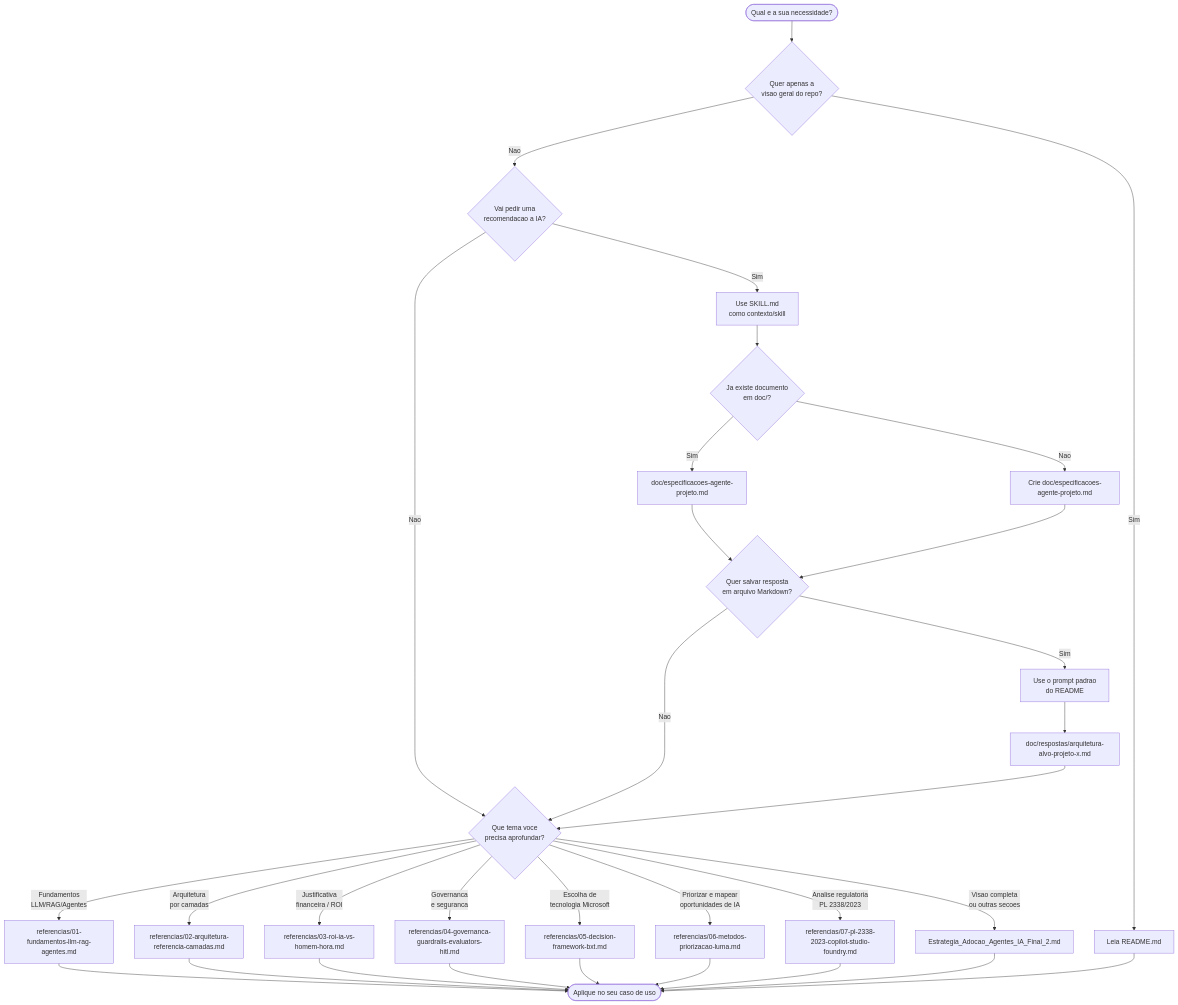
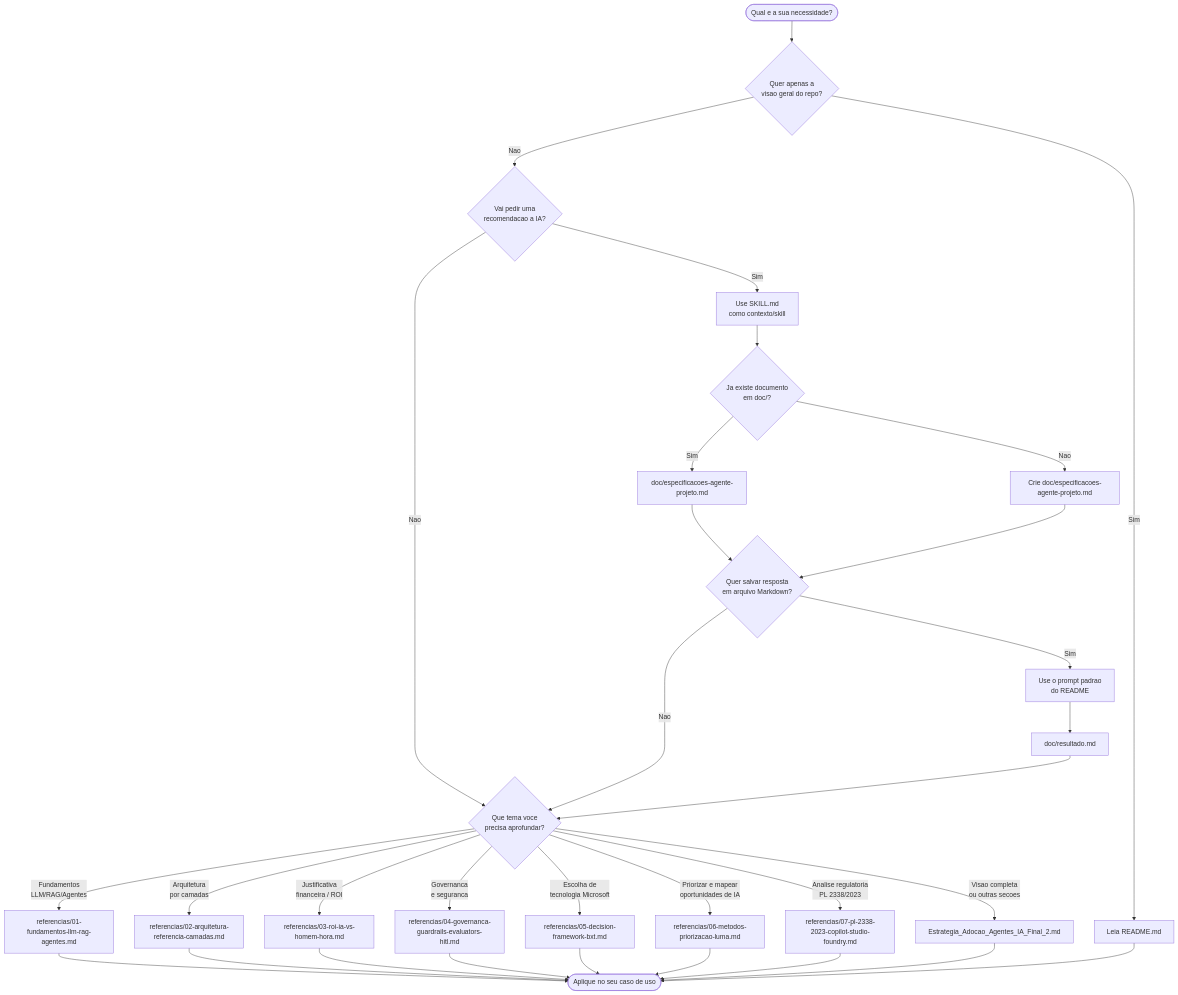
The second of 2 diagrams in README.md (fabioharams/hubsp-ai-skill), drawn with Mermaid before and after one commit. The commit also changed other lines of this file, not shown here.

Commit message:
ajustando inconsistencias de exemplos de prompt entre os arquivos

````diff
--- a/README.md
+++ b/README.md
@@ -78,38 +78,38 @@
 ```mermaid
 flowchart TD
     START([Qual e a sua necessidade?]) --> Q1{Quer apenas a<br/>visao geral do repo?}
     Q1 -- Sim --> README[Leia README.md]
     Q1 -- Nao --> Q2{Vai pedir uma<br/>recomendacao a IA?}
 
     Q2 -- Sim --> SKILL[Use SKILL.md<br/>como contexto/skill]
     Q2 -- Nao --> Q3{Que tema voce<br/>precisa aprofundar?}
 
    SKILL --> QDOC{Ja existe documento<br/>em doc/?}
    QDOC -- Sim --> DOC[doc/especificacoes-agente-projeto.md]
    QDOC -- Nao --> DOCNEW[Crie doc/especificacoes-agente-projeto.md]
    DOC --> QOUT{Quer salvar resposta<br/>em arquivo Markdown?}
    DOCNEW --> QOUT
    QOUT -- Sim --> PROMPT[Use o prompt padrao<br/>do README]
-   PROMPT --> OUTMD[doc/respostas/arquitetura-alvo-projeto-x.md]
+   PROMPT --> OUTMD[doc/resultado.md]
    QOUT -- Nao --> Q3
    OUTMD --> Q3
 
     Q3 -- Fundamentos<br/>LLM/RAG/Agentes --> R1[referencias/01-fundamentos-llm-rag-agentes.md]
     Q3 -- Arquitetura<br/>por camadas --> R2[referencias/02-arquitetura-referencia-camadas.md]
     Q3 -- Justificativa<br/>financeira / ROI --> R3[referencias/03-roi-ia-vs-homem-hora.md]
     Q3 -- Governanca<br/>e seguranca --> R4[referencias/04-governanca-guardrails-evaluators-hitl.md]
     Q3 -- Escolha de<br/>tecnologia Microsoft --> R5[referencias/05-decision-framework-bxt.md]
     Q3 -- Priorizar e mapear<br/>oportunidades de IA --> R6[referencias/06-metodos-priorizacao-luma.md]
    Q3 -- Analise regulatoria<br/>PL 2338/2023 --> R7[referencias/07-pl-2338-2023-copilot-studio-foundry.md]
     Q3 -- Visao completa<br/>ou outras secoes --> CANON[Estrategia_Adocao_Agentes_IA_Final_2.md]
 
     R1 --> END([Aplique no seu caso de uso])
     R2 --> END
     R3 --> END
     R4 --> END
     R5 --> END
     R6 --> END
    R7 --> END
     CANON --> END
     README --> END
 ```
````
